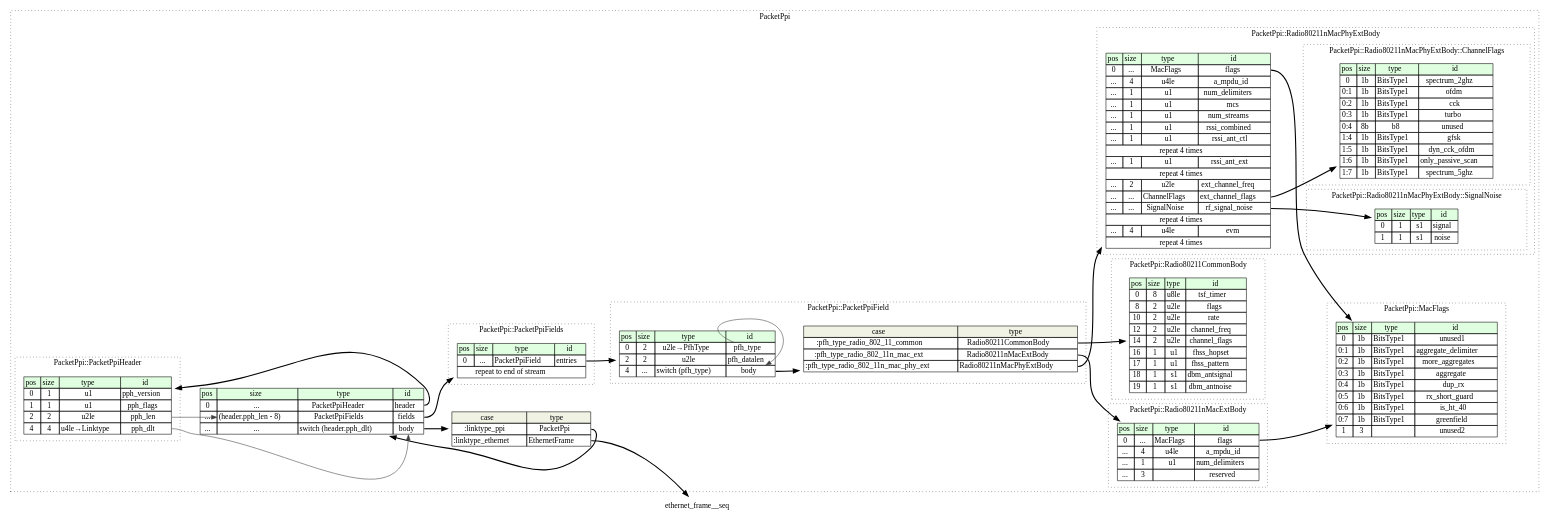
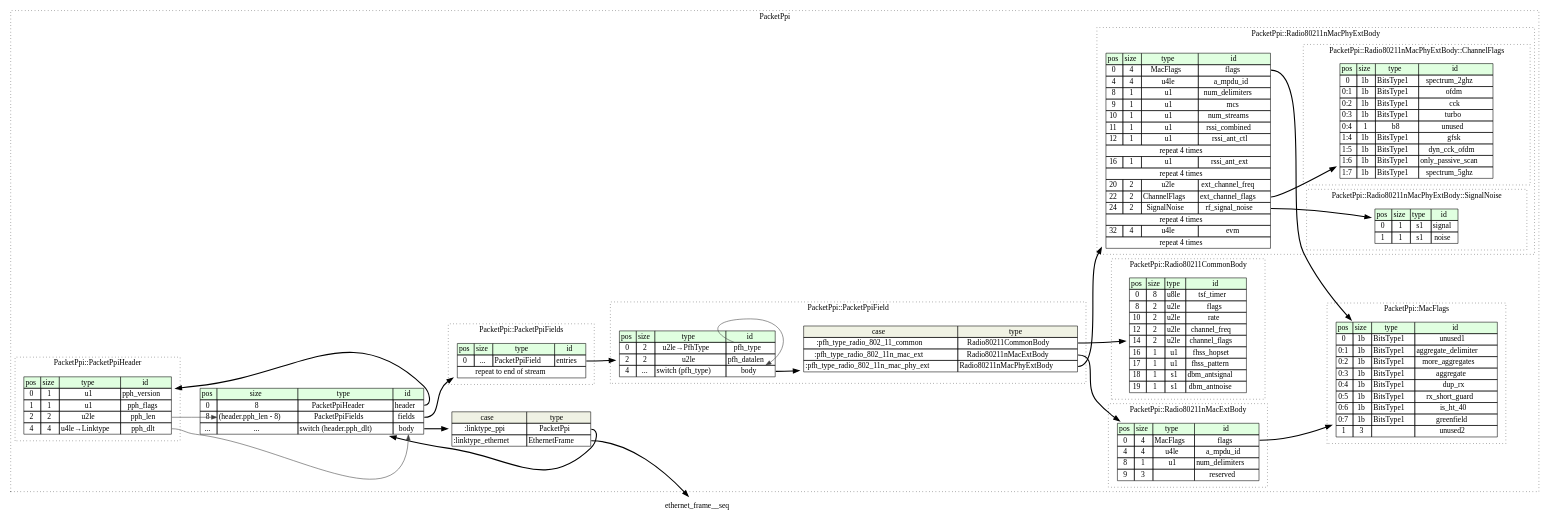
The diagram in packet_ppi/src/graphviz/packet_ppi.dot (kaitai-io/formats-kaitai-io.github.io), drawn with Graphviz before and after one commit. The commit also changed 1654 other files, not shown here.

```diff
--- a/packet_ppi/src/graphviz/packet_ppi.dot
+++ b/packet_ppi/src/graphviz/packet_ppi.dot
@@ -7,8 +7,8 @@
 
 		packet_ppi__seq [label=<<TABLE BORDER="0" CELLBORDER="1" CELLSPACING="0">
 			<TR><TD BGCOLOR="#E0FFE0">pos</TD><TD BGCOLOR="#E0FFE0">size</TD><TD BGCOLOR="#E0FFE0">type</TD><TD BGCOLOR="#E0FFE0">id</TD></TR>
-			<TR><TD PORT="header_pos">0</TD><TD PORT="header_size">...</TD><TD>PacketPpiHeader</TD><TD PORT="header_type">header</TD></TR>
-			<TR><TD PORT="fields_pos">...</TD><TD PORT="fields_size">(header.pph_len - 8)</TD><TD>PacketPpiFields</TD><TD PORT="fields_type">fields</TD></TR>
+			<TR><TD PORT="header_pos">0</TD><TD PORT="header_size">8</TD><TD>PacketPpiHeader</TD><TD PORT="header_type">header</TD></TR>
+			<TR><TD PORT="fields_pos">8</TD><TD PORT="fields_size">(header.pph_len - 8)</TD><TD>PacketPpiFields</TD><TD PORT="fields_type">fields</TD></TR>
 			<TR><TD PORT="body_pos">...</TD><TD PORT="body_size">...</TD><TD>switch (header.pph_dlt)</TD><TD PORT="body_type">body</TD></TR>
 		</TABLE>>];
 packet_ppi__seq_body_switch [label=<<TABLE BORDER="0" CELLBORDER="1" CELLSPACING="0">
@@ -32,10 +32,10 @@
 
 			radio_802_11n_mac_ext_body__seq [label=<<TABLE BORDER="0" CELLBORDER="1" CELLSPACING="0">
 				<TR><TD BGCOLOR="#E0FFE0">pos</TD><TD BGCOLOR="#E0FFE0">size</TD><TD BGCOLOR="#E0FFE0">type</TD><TD BGCOLOR="#E0FFE0">id</TD></TR>
-				<TR><TD PORT="flags_pos">0</TD><TD PORT="flags_size">...</TD><TD>MacFlags</TD><TD PORT="flags_type">flags</TD></TR>
-				<TR><TD PORT="a_mpdu_id_pos">...</TD><TD PORT="a_mpdu_id_size">4</TD><TD>u4le</TD><TD PORT="a_mpdu_id_type">a_mpdu_id</TD></TR>
-				<TR><TD PORT="num_delimiters_pos">...</TD><TD PORT="num_delimiters_size">1</TD><TD>u1</TD><TD PORT="num_delimiters_type">num_delimiters</TD></TR>
-				<TR><TD PORT="reserved_pos">...</TD><TD PORT="reserved_size">3</TD><TD></TD><TD PORT="reserved_type">reserved</TD></TR>
+				<TR><TD PORT="flags_pos">0</TD><TD PORT="flags_size">4</TD><TD>MacFlags</TD><TD PORT="flags_type">flags</TD></TR>
+				<TR><TD PORT="a_mpdu_id_pos">4</TD><TD PORT="a_mpdu_id_size">4</TD><TD>u4le</TD><TD PORT="a_mpdu_id_type">a_mpdu_id</TD></TR>
+				<TR><TD PORT="num_delimiters_pos">8</TD><TD PORT="num_delimiters_size">1</TD><TD>u1</TD><TD PORT="num_delimiters_type">num_delimiters</TD></TR>
+				<TR><TD PORT="reserved_pos">9</TD><TD PORT="reserved_size">3</TD><TD></TD><TD PORT="reserved_type">reserved</TD></TR>
 			</TABLE>>];
 		}
 		subgraph cluster__mac_flags {
@@ -107,21 +107,21 @@
 
 			radio_802_11n_mac_phy_ext_body__seq [label=<<TABLE BORDER="0" CELLBORDER="1" CELLSPACING="0">
 				<TR><TD BGCOLOR="#E0FFE0">pos</TD><TD BGCOLOR="#E0FFE0">size</TD><TD BGCOLOR="#E0FFE0">type</TD><TD BGCOLOR="#E0FFE0">id</TD></TR>
-				<TR><TD PORT="flags_pos">0</TD><TD PORT="flags_size">...</TD><TD>MacFlags</TD><TD PORT="flags_type">flags</TD></TR>
-				<TR><TD PORT="a_mpdu_id_pos">...</TD><TD PORT="a_mpdu_id_size">4</TD><TD>u4le</TD><TD PORT="a_mpdu_id_type">a_mpdu_id</TD></TR>
-				<TR><TD PORT="num_delimiters_pos">...</TD><TD PORT="num_delimiters_size">1</TD><TD>u1</TD><TD PORT="num_delimiters_type">num_delimiters</TD></TR>
-				<TR><TD PORT="mcs_pos">...</TD><TD PORT="mcs_size">1</TD><TD>u1</TD><TD PORT="mcs_type">mcs</TD></TR>
-				<TR><TD PORT="num_streams_pos">...</TD><TD PORT="num_streams_size">1</TD><TD>u1</TD><TD PORT="num_streams_type">num_streams</TD></TR>
-				<TR><TD PORT="rssi_combined_pos">...</TD><TD PORT="rssi_combined_size">1</TD><TD>u1</TD><TD PORT="rssi_combined_type">rssi_combined</TD></TR>
-				<TR><TD PORT="rssi_ant_ctl_pos">...</TD><TD PORT="rssi_ant_ctl_size">1</TD><TD>u1</TD><TD PORT="rssi_ant_ctl_type">rssi_ant_ctl</TD></TR>
+				<TR><TD PORT="flags_pos">0</TD><TD PORT="flags_size">4</TD><TD>MacFlags</TD><TD PORT="flags_type">flags</TD></TR>
+				<TR><TD PORT="a_mpdu_id_pos">4</TD><TD PORT="a_mpdu_id_size">4</TD><TD>u4le</TD><TD PORT="a_mpdu_id_type">a_mpdu_id</TD></TR>
+				<TR><TD PORT="num_delimiters_pos">8</TD><TD PORT="num_delimiters_size">1</TD><TD>u1</TD><TD PORT="num_delimiters_type">num_delimiters</TD></TR>
+				<TR><TD PORT="mcs_pos">9</TD><TD PORT="mcs_size">1</TD><TD>u1</TD><TD PORT="mcs_type">mcs</TD></TR>
+				<TR><TD PORT="num_streams_pos">10</TD><TD PORT="num_streams_size">1</TD><TD>u1</TD><TD PORT="num_streams_type">num_streams</TD></TR>
+				<TR><TD PORT="rssi_combined_pos">11</TD><TD PORT="rssi_combined_size">1</TD><TD>u1</TD><TD PORT="rssi_combined_type">rssi_combined</TD></TR>
+				<TR><TD PORT="rssi_ant_ctl_pos">12</TD><TD PORT="rssi_ant_ctl_size">1</TD><TD>u1</TD><TD PORT="rssi_ant_ctl_type">rssi_ant_ctl</TD></TR>
 				<TR><TD COLSPAN="4" PORT="rssi_ant_ctl__repeat">repeat 4 times</TD></TR>
-				<TR><TD PORT="rssi_ant_ext_pos">...</TD><TD PORT="rssi_ant_ext_size">1</TD><TD>u1</TD><TD PORT="rssi_ant_ext_type">rssi_ant_ext</TD></TR>
+				<TR><TD PORT="rssi_ant_ext_pos">16</TD><TD PORT="rssi_ant_ext_size">1</TD><TD>u1</TD><TD PORT="rssi_ant_ext_type">rssi_ant_ext</TD></TR>
 				<TR><TD COLSPAN="4" PORT="rssi_ant_ext__repeat">repeat 4 times</TD></TR>
-				<TR><TD PORT="ext_channel_freq_pos">...</TD><TD PORT="ext_channel_freq_size">2</TD><TD>u2le</TD><TD PORT="ext_channel_freq_type">ext_channel_freq</TD></TR>
-				<TR><TD PORT="ext_channel_flags_pos">...</TD><TD PORT="ext_channel_flags_size">...</TD><TD>ChannelFlags</TD><TD PORT="ext_channel_flags_type">ext_channel_flags</TD></TR>
-				<TR><TD PORT="rf_signal_noise_pos">...</TD><TD PORT="rf_signal_noise_size">...</TD><TD>SignalNoise</TD><TD PORT="rf_signal_noise_type">rf_signal_noise</TD></TR>
+				<TR><TD PORT="ext_channel_freq_pos">20</TD><TD PORT="ext_channel_freq_size">2</TD><TD>u2le</TD><TD PORT="ext_channel_freq_type">ext_channel_freq</TD></TR>
+				<TR><TD PORT="ext_channel_flags_pos">22</TD><TD PORT="ext_channel_flags_size">2</TD><TD>ChannelFlags</TD><TD PORT="ext_channel_flags_type">ext_channel_flags</TD></TR>
+				<TR><TD PORT="rf_signal_noise_pos">24</TD><TD PORT="rf_signal_noise_size">2</TD><TD>SignalNoise</TD><TD PORT="rf_signal_noise_type">rf_signal_noise</TD></TR>
 				<TR><TD COLSPAN="4" PORT="rf_signal_noise__repeat">repeat 4 times</TD></TR>
-				<TR><TD PORT="evm_pos">...</TD><TD PORT="evm_size">4</TD><TD>u4le</TD><TD PORT="evm_type">evm</TD></TR>
+				<TR><TD PORT="evm_pos">32</TD><TD PORT="evm_size">4</TD><TD>u4le</TD><TD PORT="evm_type">evm</TD></TR>
 				<TR><TD COLSPAN="4" PORT="evm__repeat">repeat 4 times</TD></TR>
 			</TABLE>>];
 			subgraph cluster__channel_flags {
@@ -134,7 +134,7 @@
 					<TR><TD PORT="ofdm_pos">0:1</TD><TD PORT="ofdm_size">1b</TD><TD>BitsType1</TD><TD PORT="ofdm_type">ofdm</TD></TR>
 					<TR><TD PORT="cck_pos">0:2</TD><TD PORT="cck_size">1b</TD><TD>BitsType1</TD><TD PORT="cck_type">cck</TD></TR>
 					<TR><TD PORT="turbo_pos">0:3</TD><TD PORT="turbo_size">1b</TD><TD>BitsType1</TD><TD PORT="turbo_type">turbo</TD></TR>
-					<TR><TD PORT="unused_pos">0:4</TD><TD PORT="unused_size">8b</TD><TD>b8</TD><TD PORT="unused_type">unused</TD></TR>
+					<TR><TD PORT="unused_pos">0:4</TD><TD PORT="unused_size">1</TD><TD>b8</TD><TD PORT="unused_type">unused</TD></TR>
 					<TR><TD PORT="gfsk_pos">1:4</TD><TD PORT="gfsk_size">1b</TD><TD>BitsType1</TD><TD PORT="gfsk_type">gfsk</TD></TR>
 					<TR><TD PORT="dyn_cck_ofdm_pos">1:5</TD><TD PORT="dyn_cck_ofdm_size">1b</TD><TD>BitsType1</TD><TD PORT="dyn_cck_ofdm_type">dyn_cck_ofdm</TD></TR>
 					<TR><TD PORT="only_passive_scan_pos">1:6</TD><TD PORT="only_passive_scan_size">1b</TD><TD>BitsType1</TD><TD PORT="only_passive_scan_type">only_passive_scan</TD></TR>
```
